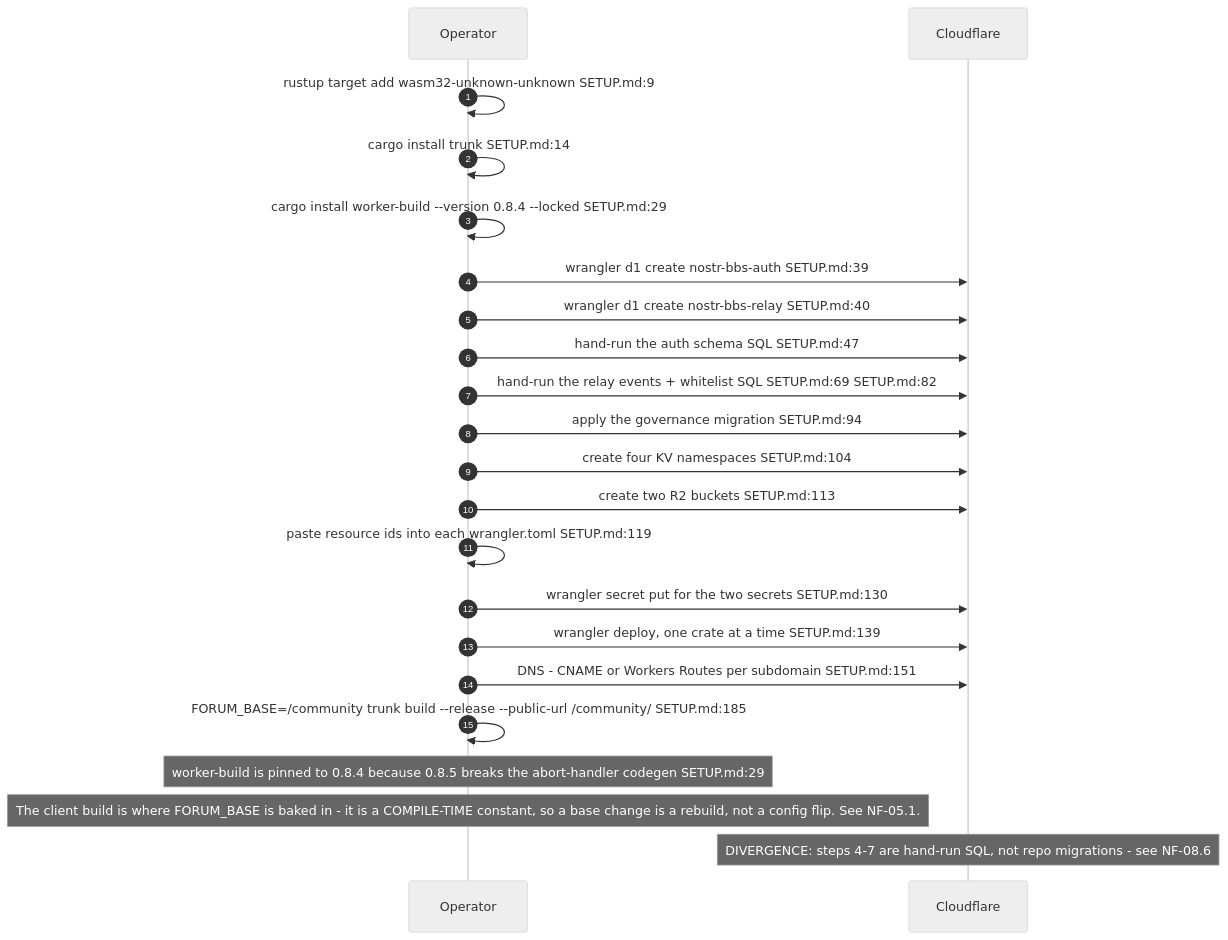
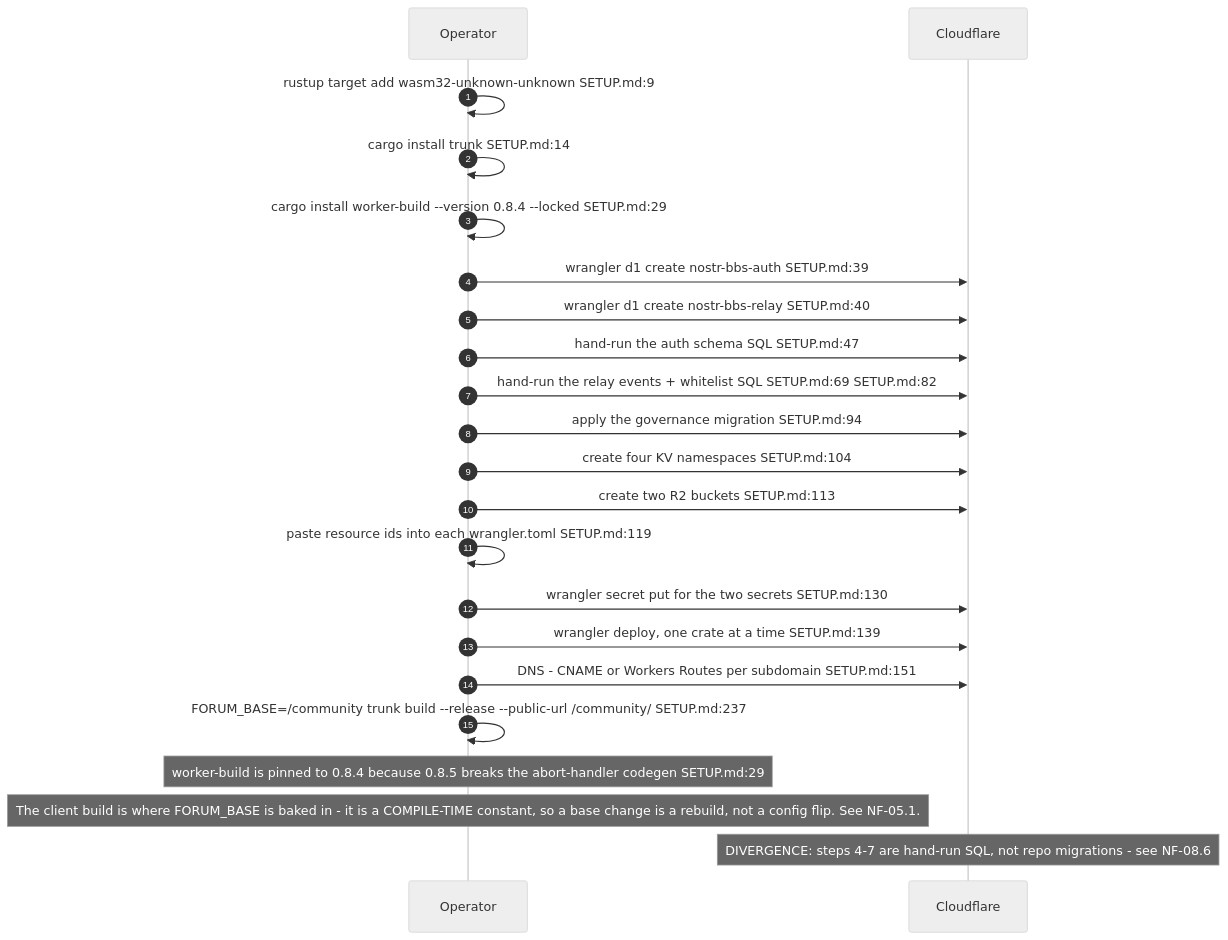
Before and after one commit to DreamLab-AI/VisionFlow: the fifth of 9 diagrams in docs/diagrams/nostr-rust-forum/09-ci-deploy-canary-and-validation.md, drawn with Mermaid (neutral theme). The commit also changed other lines of this file and 11 other files, not shown here.

````diff
--- a/docs/diagrams/nostr-rust-forum/09-ci-deploy-canary-and-validation.md
+++ b/docs/diagrams/nostr-rust-forum/09-ci-deploy-canary-and-validation.md
@@ -120,26 +120,26 @@
 ```mermaid
 sequenceDiagram
     autonumber
     participant OP as Operator
     participant CF as Cloudflare
 
     OP->>OP: rustup target add wasm32-unknown-unknown SETUP.md:9
     OP->>OP: cargo install trunk SETUP.md:14
     OP->>OP: cargo install worker-build --version 0.8.4 --locked SETUP.md:29
     OP->>CF: wrangler d1 create nostr-bbs-auth SETUP.md:39
     OP->>CF: wrangler d1 create nostr-bbs-relay SETUP.md:40
     OP->>CF: hand-run the auth schema SQL SETUP.md:47
     OP->>CF: hand-run the relay events + whitelist SQL SETUP.md:69 SETUP.md:82
     OP->>CF: apply the governance migration SETUP.md:94
     OP->>CF: create four KV namespaces SETUP.md:104
     OP->>CF: create two R2 buckets SETUP.md:113
     OP->>OP: paste resource ids into each wrangler.toml SETUP.md:119
     OP->>CF: wrangler secret put for the two secrets SETUP.md:130
     OP->>CF: wrangler deploy, one crate at a time SETUP.md:139
     OP->>CF: DNS - CNAME or Workers Routes per subdomain SETUP.md:151
-    OP->>OP: FORUM_BASE=/community trunk build --release --public-url /community/ SETUP.md:185
+    OP->>OP: FORUM_BASE=/community trunk build --release --public-url /community/ SETUP.md:237
 
     Note over OP: worker-build is pinned to 0.8.4 because 0.8.5 breaks the abort-handler codegen SETUP.md:29
     Note over OP: The client build is where FORUM_BASE is baked in - it is a COMPILE-TIME constant, so a base change is a rebuild, not a config flip. See NF-05.1.
     Note over CF: DIVERGENCE: steps 4-7 are hand-run SQL, not repo migrations - see NF-08.6
 ```
````
